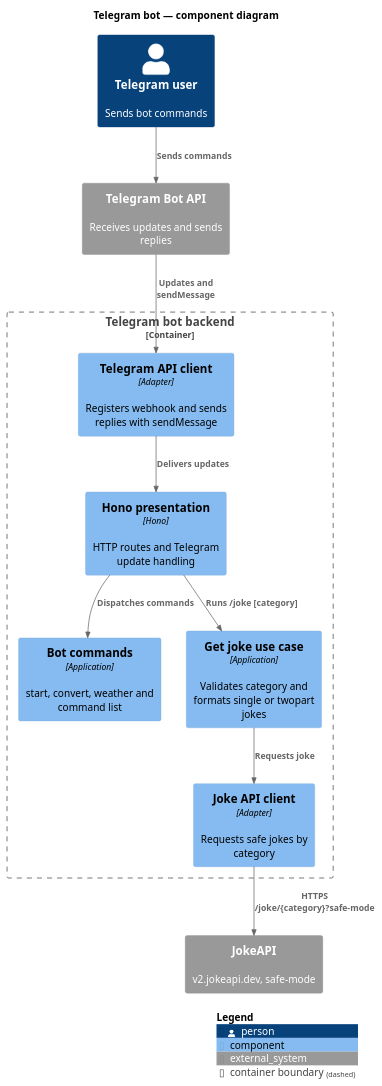
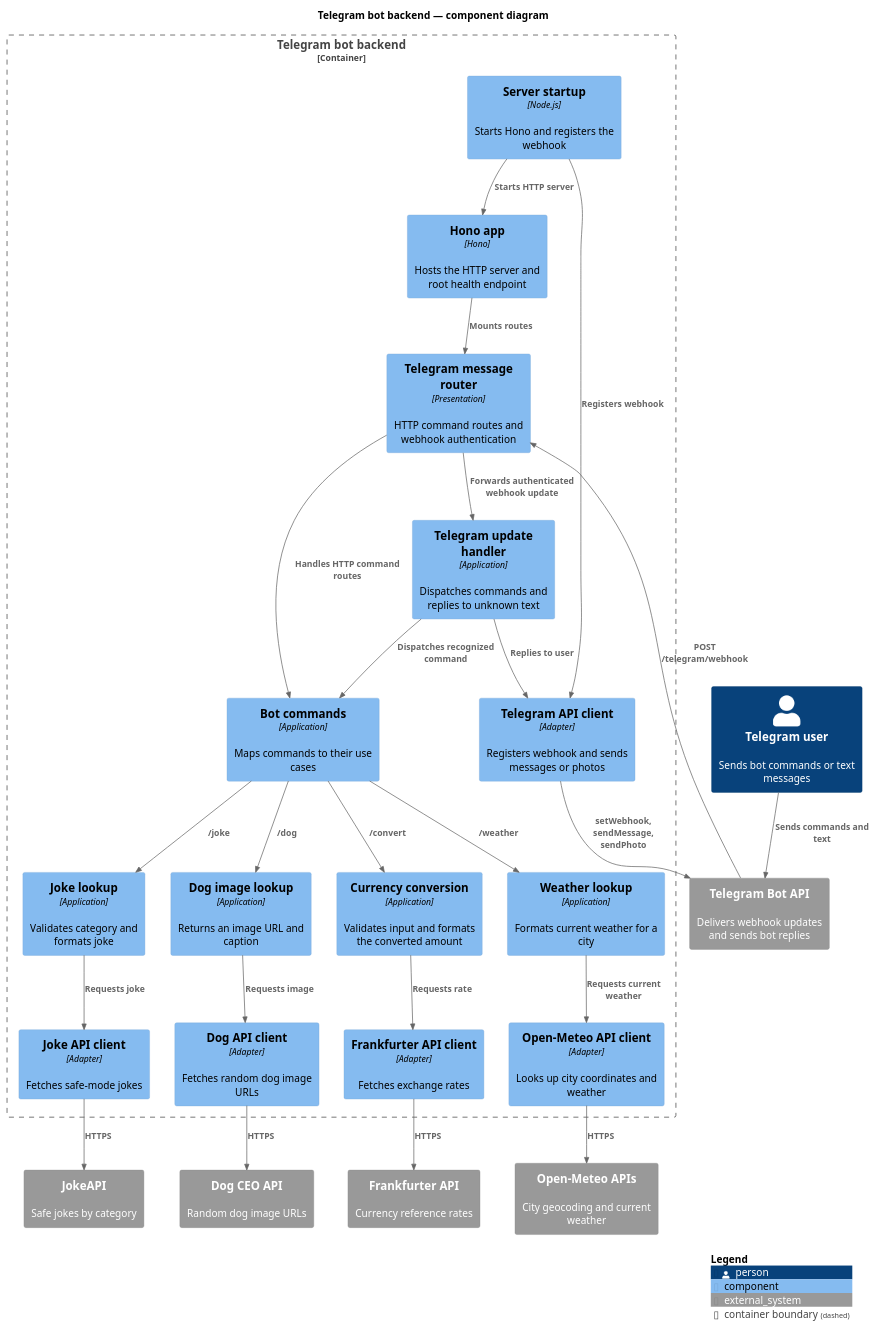
One commit to aaxsti/it-incubator-01-homework-tg-bot changed the diagram in docs/c4/03-component.puml. Above: the diagram before and after it, drawn with PlantUML. The commit also changed 2 other files, not shown here.

Commit message:
docs: update architecture and component diagram

```diff
--- a/docs/c4/03-component.puml
+++ b/docs/c4/03-component.puml
@@ -1,27 +1,54 @@
 @startuml 03-component
 !include <C4/C4_Component>
 
-title Telegram bot — component diagram
+title Telegram bot backend — component diagram
 
-Person(user, "Telegram user", "Sends bot commands")
-System_Ext(telegram, "Telegram Bot API", "Receives updates and sends replies")
-System_Ext(jokeApi, "JokeAPI", "v2.jokeapi.dev, safe-mode")
+Person(user, "Telegram user", "Sends bot commands or text messages")
+System_Ext(telegram, "Telegram Bot API", "Delivers webhook updates and sends bot replies")
+System_Ext(jokeApi, "JokeAPI", "Safe jokes by category")
+System_Ext(frankfurterApi, "Frankfurter API", "Currency reference rates")
+System_Ext(openMeteoApi, "Open-Meteo APIs", "City geocoding and current weather")
+System_Ext(dogApi, "Dog CEO API", "Random dog image URLs")
 
 Container_Boundary(bot, "Telegram bot backend") {
-    Component(presentation, "Hono presentation", "Hono", "HTTP routes and Telegram update handling")
-    Component(commandUseCase, "Bot commands", "Application", "start, convert, weather and command list")
-    Component(jokeUseCase, "Get joke use case", "Application", "Validates category and formats single or twopart jokes")
-    Component(telegramAdapter, "Telegram API client", "Adapter", "Registers webhook and sends replies with sendMessage")
-    Component(jokeAdapter, "Joke API client", "Adapter", "Requests safe jokes by category")
+    Component(server, "Server startup", "Node.js", "Starts Hono and registers the webhook")
+    Component(honoApp, "Hono app", "Hono", "Hosts the HTTP server and root health endpoint")
+    Component(messageRouter, "Telegram message router", "Presentation", "HTTP command routes and webhook authentication")
+    Component(updateHandler, "Telegram update handler", "Application", "Dispatches commands and replies to unknown text")
+    Component(botCommands, "Bot commands", "Application", "Maps commands to their use cases")
+    Component(currencyUseCase, "Currency conversion", "Application", "Validates input and formats the converted amount")
+    Component(weatherUseCase, "Weather lookup", "Application", "Formats current weather for a city")
+    Component(jokeUseCase, "Joke lookup", "Application", "Validates category and formats joke")
+    Component(dogUseCase, "Dog image lookup", "Application", "Returns an image URL and caption")
+    Component(telegramAdapter, "Telegram API client", "Adapter", "Registers webhook and sends messages or photos")
+    Component(currencyAdapter, "Frankfurter API client", "Adapter", "Fetches exchange rates")
+    Component(weatherAdapter, "Open-Meteo API client", "Adapter", "Looks up city coordinates and weather")
+    Component(jokeAdapter, "Joke API client", "Adapter", "Fetches safe-mode jokes")
+    Component(dogAdapter, "Dog API client", "Adapter", "Fetches random dog image URLs")
 }
 
-Rel(user, telegram, "Sends commands")
-Rel(telegram, telegramAdapter, "Updates and sendMessage")
-Rel(telegramAdapter, presentation, "Delivers updates")
-Rel(presentation, commandUseCase, "Dispatches commands")
-Rel(presentation, jokeUseCase, "Runs /joke [category]")
+Rel(user, telegram, "Sends commands and text")
+Rel(telegram, messageRouter, "POST /telegram/webhook")
+Rel(server, telegramAdapter, "Registers webhook")
+Rel(server, honoApp, "Starts HTTP server")
+Rel(honoApp, messageRouter, "Mounts routes")
+Rel(telegramAdapter, telegram, "setWebhook, sendMessage, sendPhoto")
+Rel(messageRouter, botCommands, "Handles HTTP command routes")
+Rel(messageRouter, updateHandler, "Forwards authenticated webhook update")
+Rel(updateHandler, botCommands, "Dispatches recognized command")
+Rel(updateHandler, telegramAdapter, "Replies to user")
+Rel(botCommands, currencyUseCase, "/convert")
+Rel(botCommands, weatherUseCase, "/weather")
+Rel(botCommands, jokeUseCase, "/joke")
+Rel(botCommands, dogUseCase, "/dog")
+Rel(currencyUseCase, currencyAdapter, "Requests rate")
+Rel(weatherUseCase, weatherAdapter, "Requests current weather")
 Rel(jokeUseCase, jokeAdapter, "Requests joke")
-Rel(jokeAdapter, jokeApi, "HTTPS /joke/{category}?safe-mode")
+Rel(dogUseCase, dogAdapter, "Requests image")
+Rel(currencyAdapter, frankfurterApi, "HTTPS")
+Rel(weatherAdapter, openMeteoApi, "HTTPS")
+Rel(jokeAdapter, jokeApi, "HTTPS")
+Rel(dogAdapter, dogApi, "HTTPS")
 
 SHOW_LEGEND()
 @enduml
```
